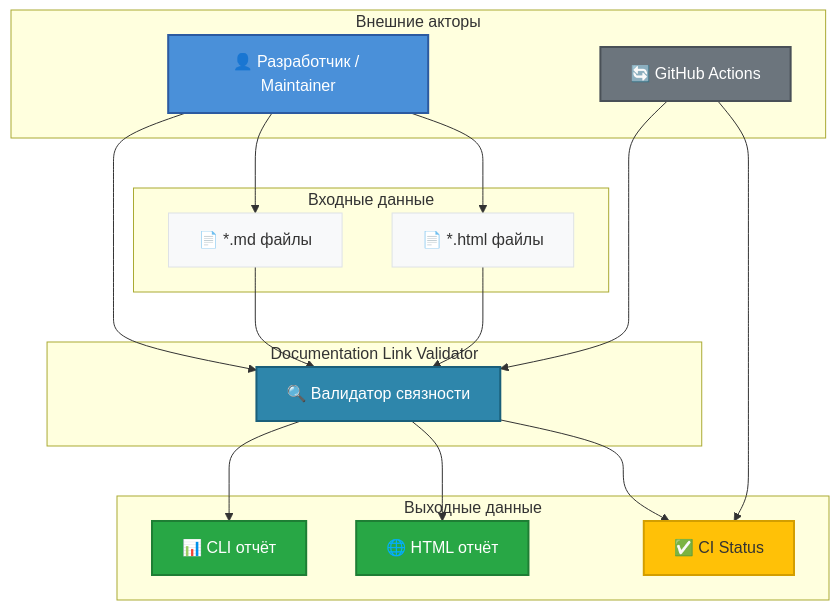
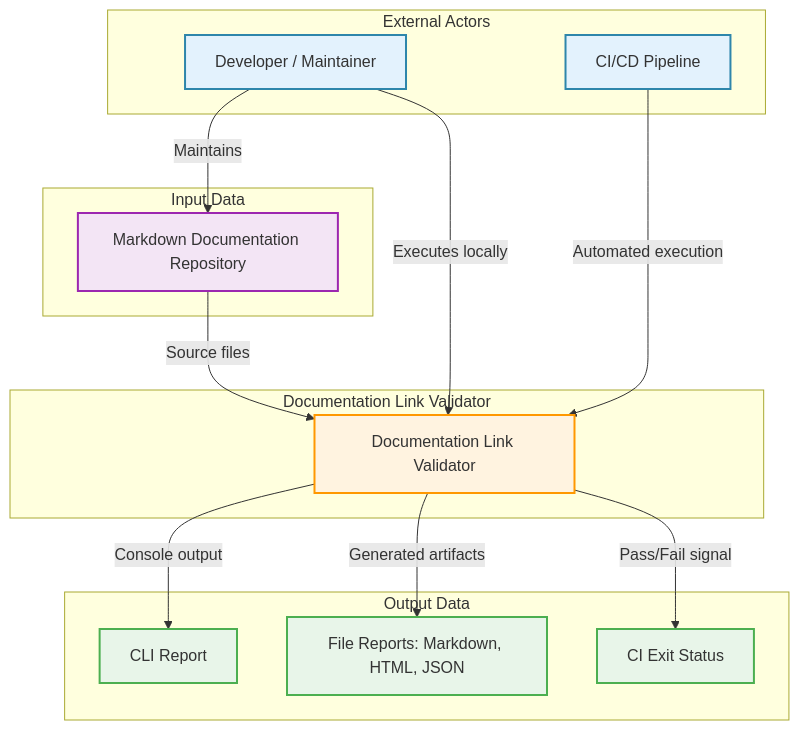
One commit to Nokhrin/docs-validator changed the first of 2 diagrams in docs/architecture.md. Above: the diagram before and after it, drawn with Mermaid. The commit also changed other lines of this file and 4 other files, not shown here.

Commit message:
docs: translate to English, consolidate guides, update architecture

````diff
--- a/docs/architecture.md
+++ b/docs/architecture.md
@@ -5,45 +5,39 @@
 ```mermaid
 flowchart TD
-    subgraph "Внешние акторы"
-        User[👤 Разработчик / Maintainer]
-        CI[🔄 GitHub Actions]
+    subgraph External Actors
+        User[Developer / Maintainer]
+        CI[CI/CD Pipeline]
     end
-    
-    subgraph "Documentation Link Validator"
-        Validator[🔍 Валидатор связности]
+
+    subgraph Documentation Link Validator
+        Validator[Documentation Link Validator]
     end
-    
-    subgraph "Входные данные"
-        Markdown[📄 *.md файлы]
-        HTML[📄 *.html файлы]
+
+    subgraph Input Data
+        MarkdownRepo[Markdown Documentation Repository]
     end
-    
-    subgraph "Выходные данные"
-        CLIReport[📊 CLI отчёт]
-        HTMLReport[🌐 HTML отчёт]
-        CIStatus[✅ CI Status]
+
+    subgraph Output Data
+        CLIReport[CLI Report]
+        FileReports[File Reports: Markdown, HTML, JSON]
+        CIStatus[CI Exit Status]
     end
-    
-    User --> Markdown
-    User --> HTML
-    User --> Validator
-    
-    Markdown --> Validator
-    HTML --> Validator
-    
-    Validator --> CLIReport
-    Validator --> HTMLReport
-    Validator --> CIStatus
-    
-    CI --> Validator
-    CI --> CIStatus
-    
-    style Validator fill:#2E86AB,color:#fff,stroke:#1a5f7a,stroke-width:2px
-    style User fill:#4A90D9,color:#fff,stroke:#2c5aa0,stroke-width:2px
-    style CI fill:#6C757D,color:#fff,stroke:#495057,stroke-width:2px
-    style Markdown fill:#F8F9FA,color:#333,stroke:#DEE2E6,stroke-width:1px
-    style HTML fill:#F8F9FA,color:#333,stroke:#DEE2E6,stroke-width:1px
-    style CLIReport fill:#28A745,color:#fff,stroke:#1e7e34,stroke-width:2px
-    style HTMLReport fill:#28A745,color:#fff,stroke:#1e7e34,stroke-width:2px
-    style CIStatus fill:#FFC107,color:#333,stroke:#D39E00,stroke-width:2px
+
+    User -->|Maintains| MarkdownRepo
+    User -->|Executes locally| Validator
+    CI -->|Automated execution| Validator
+    MarkdownRepo -->|Source files| Validator
+    Validator -->|Console output| CLIReport
+    Validator -->|Generated artifacts| FileReports
+    Validator -->|Pass/Fail signal| CIStatus
+
+    classDef actor fill:#E3F2FD,stroke:#2E86AB,stroke-width:2px,color:#333
+    classDef system fill:#FFF3E0,stroke:#FF9800,stroke-width:2px,color:#333
+    classDef data fill:#F3E5F5,stroke:#9C27B0,stroke-width:2px,color:#333
+    classDef output fill:#E8F5E9,stroke:#4CAF50,stroke-width:2px,color:#333
+
+    class User,CI actor
+    class Validator system
+    class MarkdownRepo data
+    class CLIReport,FileReports,CIStatus output
 ```
````
